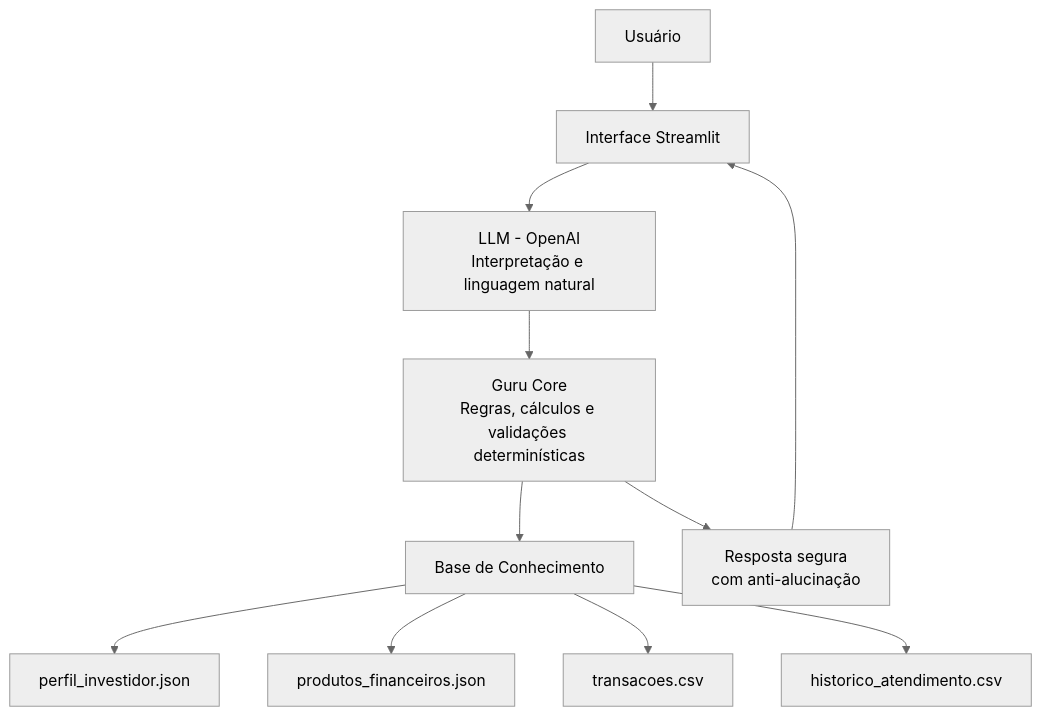
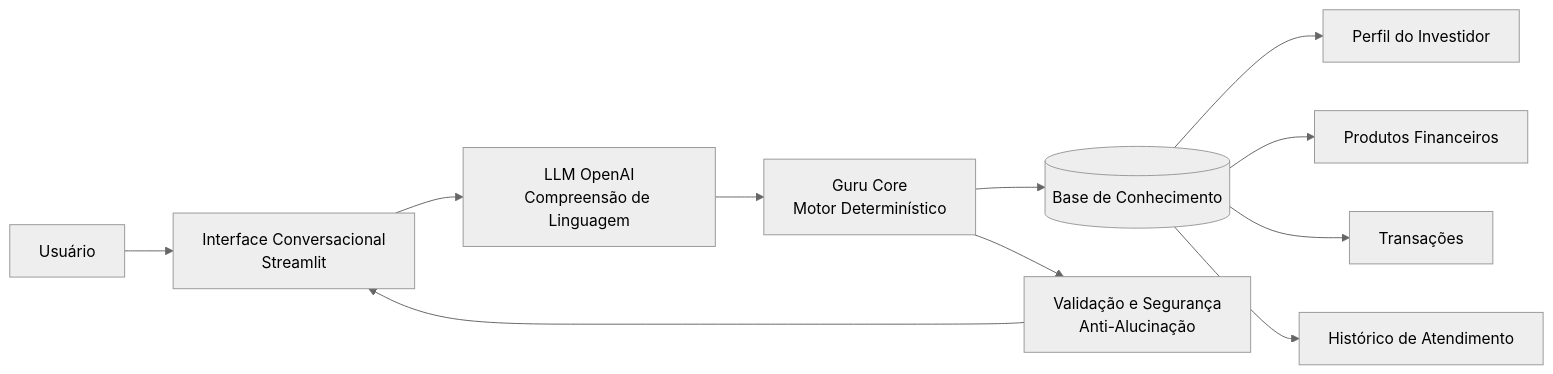
One commit to enioramon/dio-lab-bia-do-futuro changed the diagram in README.md. Above: the diagram before and after it, drawn with Mermaid (neutral theme).

Commit message:
Update flowchart in README for clarity

````diff
--- a/README.md
+++ b/README.md
@@ -34,20 +34,20 @@
 ```mermaid
-flowchart TD
+flowchart LR
 
-A[Usuário] --> B[Interface Streamlit]
+U[Usuário] --> UI[Interface Conversacional<br/>Streamlit]
 
-B --> C[LLM - OpenAI<br/>Interpretação e linguagem natural]
+UI --> LLM[LLM OpenAI<br/>Compreensão de Linguagem]
 
-C --> D[Guru Core<br/>Regras, cálculos e validações determinísticas]
+LLM --> CORE[Guru Core<br/>Motor Determinístico]
 
-D --> E[Base de Conhecimento]
+CORE --> DATA[(Base de Conhecimento)]
 
-E --> E1[perfil_investidor.json]
-E --> E2[produtos_financeiros.json]
-E --> E3[transacoes.csv]
-E --> E4[historico_atendimento.csv]
+DATA --> P1[Perfil do Investidor]
+DATA --> P2[Produtos Financeiros]
+DATA --> P3[Transações]
+DATA --> P4[Histórico de Atendimento]
 
-D --> F[Resposta segura<br/>com anti-alucinação]
+CORE --> SAFE[Validação e Segurança<br/>Anti-Alucinação]
 
-F --> B
+SAFE --> UI
 ```
````
